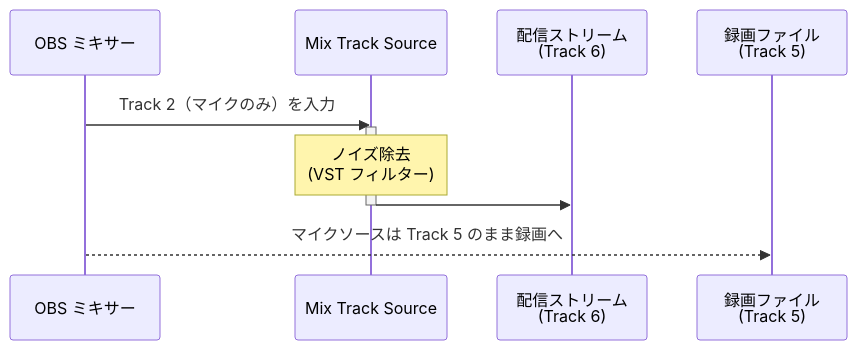
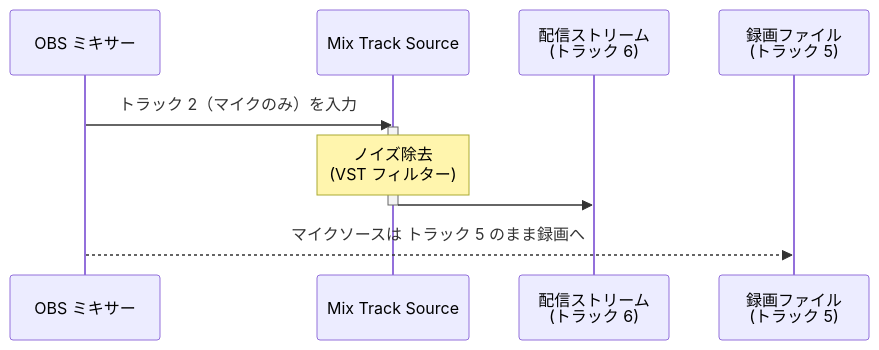
The diagram in docs/uc2-vst-noise-removal.ja.md (semnil/MixTrack2Source), drawn with Mermaid before and after one commit. The commit also changed other lines of this file and 9 other files, not shown here.

````diff
--- a/docs/uc2-vst-noise-removal.ja.md
+++ b/docs/uc2-vst-noise-removal.ja.md
@@ -9,15 +9,15 @@
 ```mermaid
 sequenceDiagram
     participant M   as OBS ミキサー
     participant MT  as Mix Track Source
-    participant ST  as 配信ストリーム<br/>(Track 6)
-    participant RC  as 録画ファイル<br/>(Track 5)
+    participant ST  as 配信ストリーム<br>(トラック 6)
+    participant RC  as 録画ファイル<br>(トラック 5)
 
-    M   ->> MT  : Track 2（マイクのみ）を入力
+    M   ->> MT  : トラック 2（マイクのみ）を入力
     activate MT
-    Note over MT : ノイズ除去<br/>(VST フィルター)
+    Note over MT : ノイズ除去<br>(VST フィルター)
     MT  ->> ST  : 
     deactivate MT
 
-    M   -->> RC : マイクソースは Track 5 のまま録画へ
+    M   -->> RC : マイクソースは トラック 5 のまま録画へ
 ```
````
